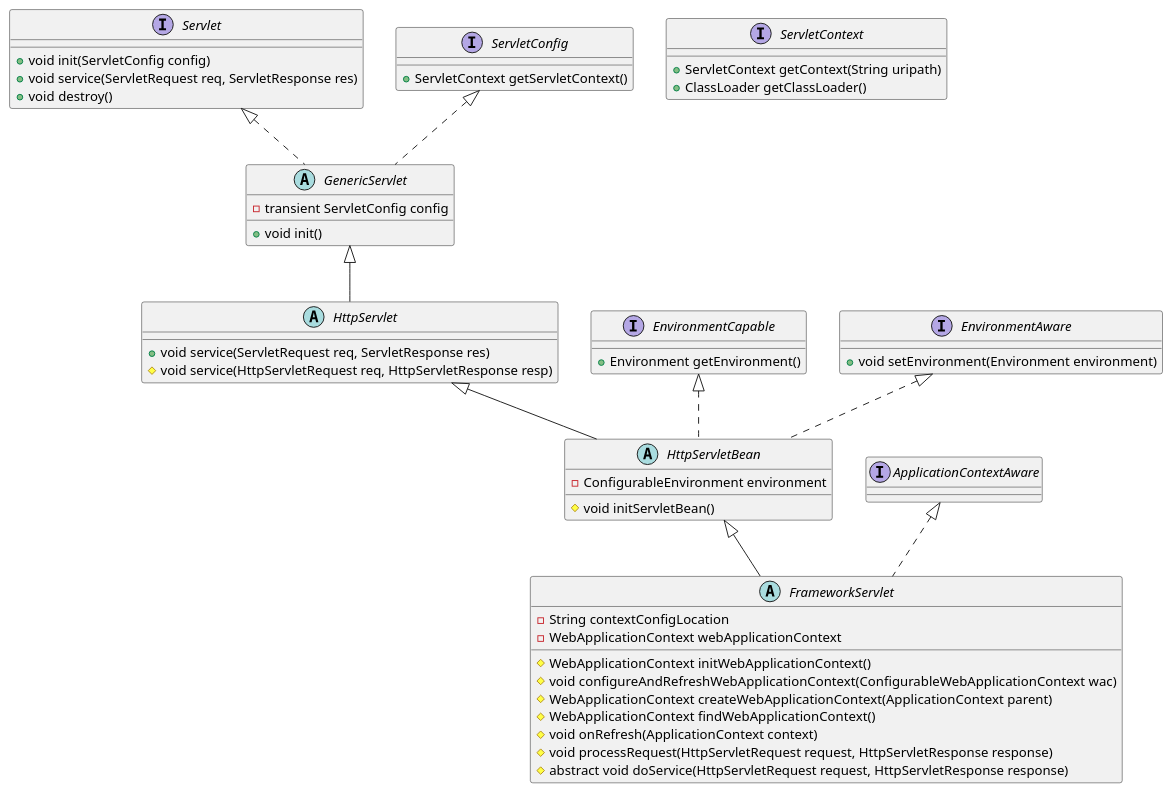
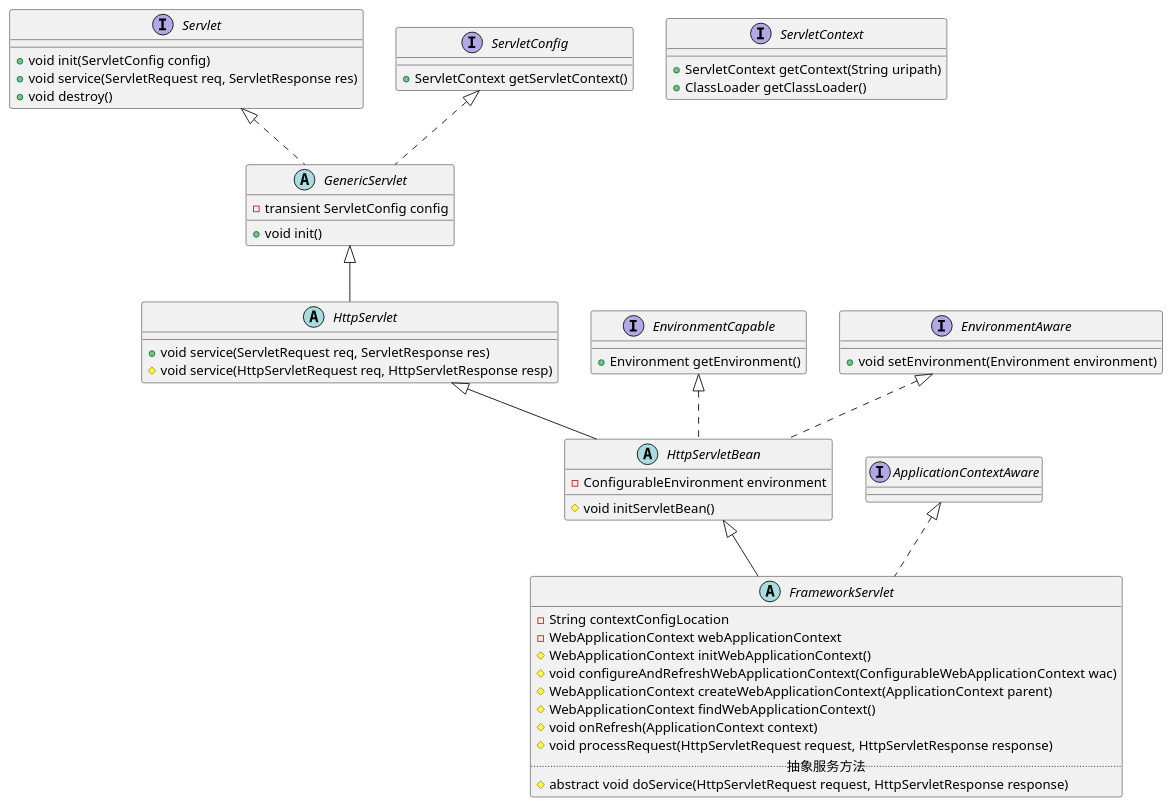
Before and after one commit to onlyonion/development: the diagram in 20-framework/src/spring/spring-webmvc/FrameworkServlet.md, drawn with PlantUML. The commit also changed other lines of this file and 72 other files, not shown here.

````diff
--- a/20-framework/src/spring/spring-webmvc/FrameworkServlet.md
+++ b/20-framework/src/spring/spring-webmvc/FrameworkServlet.md
@@ -13,69 +20,70 @@
 ```plantuml
 @startuml
 
 '''''''''''''''''''''''''' servlet-api ''''''''''''''''''''''''''
 
 interface Servlet {
     + void init(ServletConfig config)
     + void service(ServletRequest req, ServletResponse res)
     + void destroy()
 }
 interface ServletConfig {
     + ServletContext getServletContext()
 }
 interface ServletContext {
     + ServletContext getContext(String uripath)
     + ClassLoader getClassLoader()
 }
 
 abstract class GenericServlet {
     - transient ServletConfig config
     + void init()
 }
 
 Servlet <|.. GenericServlet
 ServletConfig <|.. GenericServlet
 
 abstract class HttpServlet {
     + void service(ServletRequest req, ServletResponse res)
     # void service(HttpServletRequest req, HttpServletResponse resp)
 }
 GenericServlet <|-- HttpServlet
 
 
 '''''''''''''''''''''''''' spring-webmvc ''''''''''''''''''''''''''
 interface EnvironmentCapable {
     + Environment getEnvironment()
 }
 interface EnvironmentAware {
     + void setEnvironment(Environment environment)
 }
 
 abstract class HttpServletBean {
     - ConfigurableEnvironment environment
     # void initServletBean()
 }
 HttpServlet <|-- HttpServletBean
 EnvironmentCapable <|.. HttpServletBean
 EnvironmentAware <|.. HttpServletBean
 
 interface ApplicationContextAware
 
 '''''''''''''''''''''''''' 框架小服务程序 ''''''''''''''''''''''''''
 abstract class FrameworkServlet {
     - String contextConfigLocation
     - WebApplicationContext webApplicationContext
     # WebApplicationContext initWebApplicationContext()
     # void configureAndRefreshWebApplicationContext(ConfigurableWebApplicationContext wac)
     # WebApplicationContext createWebApplicationContext(ApplicationContext parent)
     # WebApplicationContext findWebApplicationContext()
     # void onRefresh(ApplicationContext context)
     # void processRequest(HttpServletRequest request, HttpServletResponse response)
+    .. 抽象服务方法 ..
     # abstract void doService(HttpServletRequest request, HttpServletResponse response)
 }
 HttpServletBean <|-- FrameworkServlet
 ApplicationContextAware <|.. FrameworkServlet
 
 
 @enduml
 ```
````
